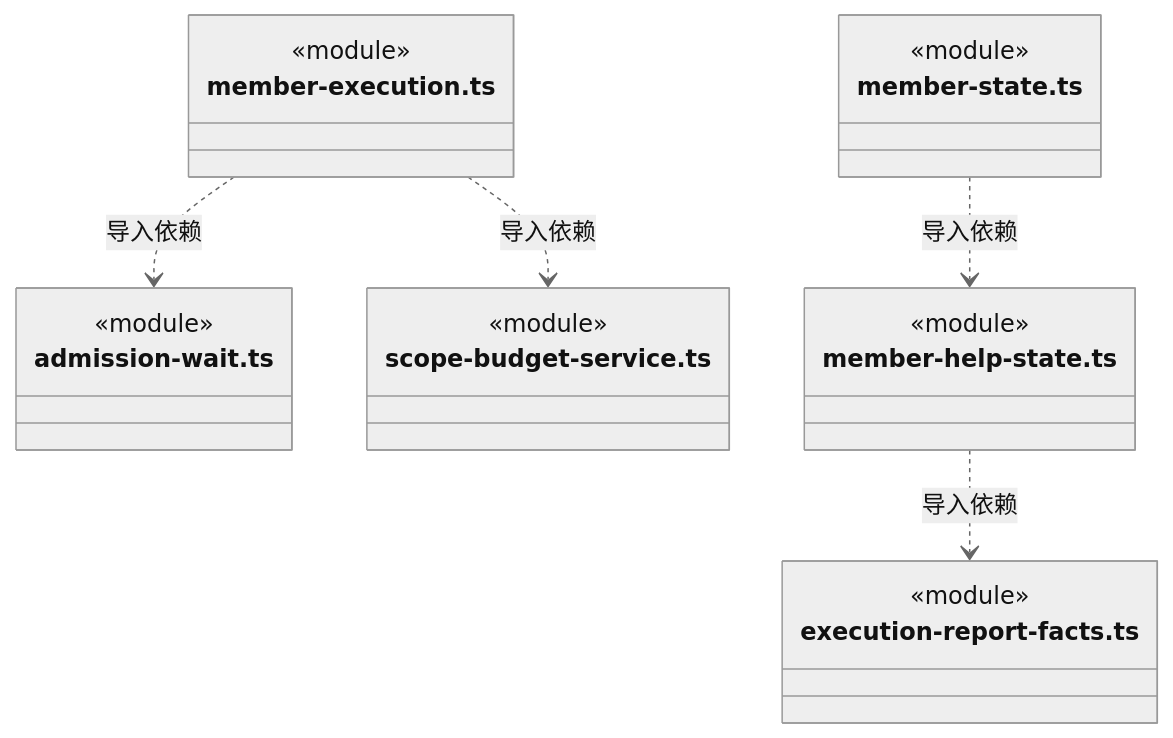
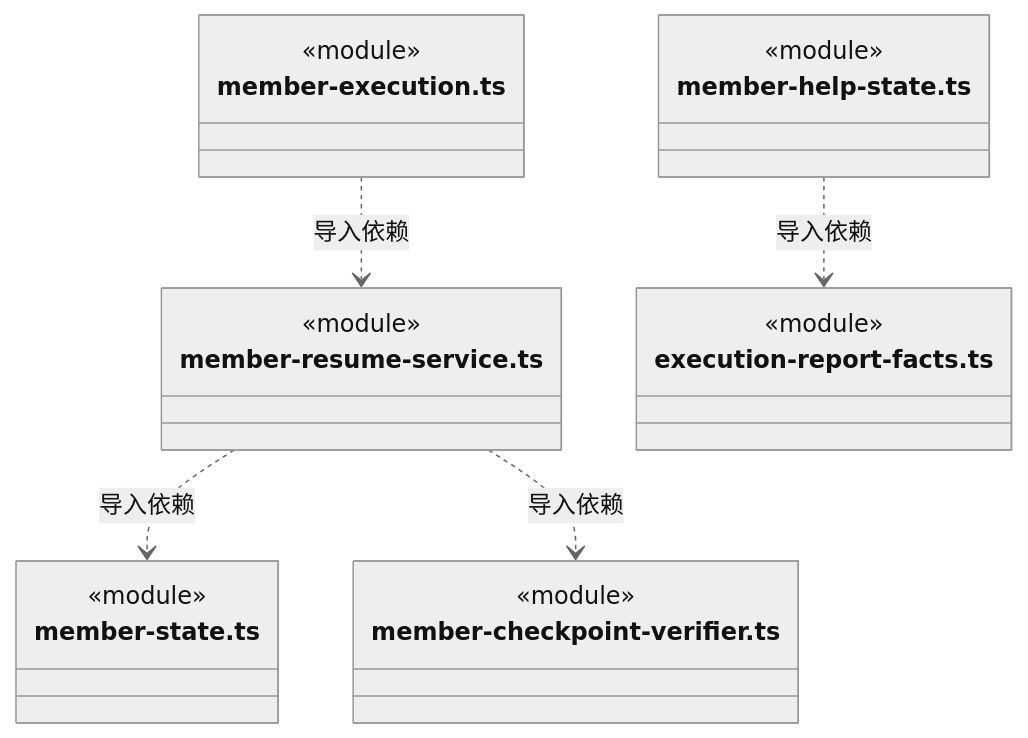
One commit to nan023062/cbim changed diagram 49 of 56 in src/backend/scheduler-engine/execution/ARCHITECTURE.md. Above: the diagram before and after it, drawn with Mermaid (neutral theme). The commit also changed other lines of this file and 85 other files, not shown here.

````diff
--- a/src/backend/scheduler-engine/execution/ARCHITECTURE.md
+++ b/src/backend/scheduler-engine/execution/ARCHITECTURE.md
@@ -1223,25 +1300,25 @@
 ```mermaid
 classDiagram
 class N_src_backend_scheduler_engine_execution_member_execution_ts["member-execution.ts"] {
   <<module>>
 }
-class N_src_backend_scheduler_engine_execution_admission_wait_ts["admission-wait.ts"] {
-  <<module>>
-}
-class N_src_backend_scheduler_engine_execution_scope_budget_service_ts["scope-budget-service.ts"] {
+class N_src_backend_scheduler_engine_execution_member_resume_service_ts["member-resume-service.ts"] {
   <<module>>
 }
 class N_src_backend_scheduler_engine_execution_member_help_state_ts["member-help-state.ts"] {
   <<module>>
 }
 class N_src_backend_scheduler_engine_execution_execution_report_facts_ts["execution-report-facts.ts"] {
   <<module>>
 }
 class N_src_backend_scheduler_engine_execution_member_state_ts["member-state.ts"] {
   <<module>>
 }
-N_src_backend_scheduler_engine_execution_member_execution_ts ..> N_src_backend_scheduler_engine_execution_admission_wait_ts : 导入依赖
-N_src_backend_scheduler_engine_execution_member_execution_ts ..> N_src_backend_scheduler_engine_execution_scope_budget_service_ts : 导入依赖
+class N_src_backend_scheduler_engine_execution_member_checkpoint_verifier_ts["member-checkpoint-verifier.ts"] {
+  <<module>>
+}
+N_src_backend_scheduler_engine_execution_member_execution_ts ..> N_src_backend_scheduler_engine_execution_member_resume_service_ts : 导入依赖
 N_src_backend_scheduler_engine_execution_member_help_state_ts ..> N_src_backend_scheduler_engine_execution_execution_report_facts_ts : 导入依赖
-N_src_backend_scheduler_engine_execution_member_state_ts ..> N_src_backend_scheduler_engine_execution_member_help_state_ts : 导入依赖
+N_src_backend_scheduler_engine_execution_member_resume_service_ts ..> N_src_backend_scheduler_engine_execution_member_state_ts : 导入依赖
+N_src_backend_scheduler_engine_execution_member_resume_service_ts ..> N_src_backend_scheduler_engine_execution_member_checkpoint_verifier_ts : 导入依赖
 ```
````
